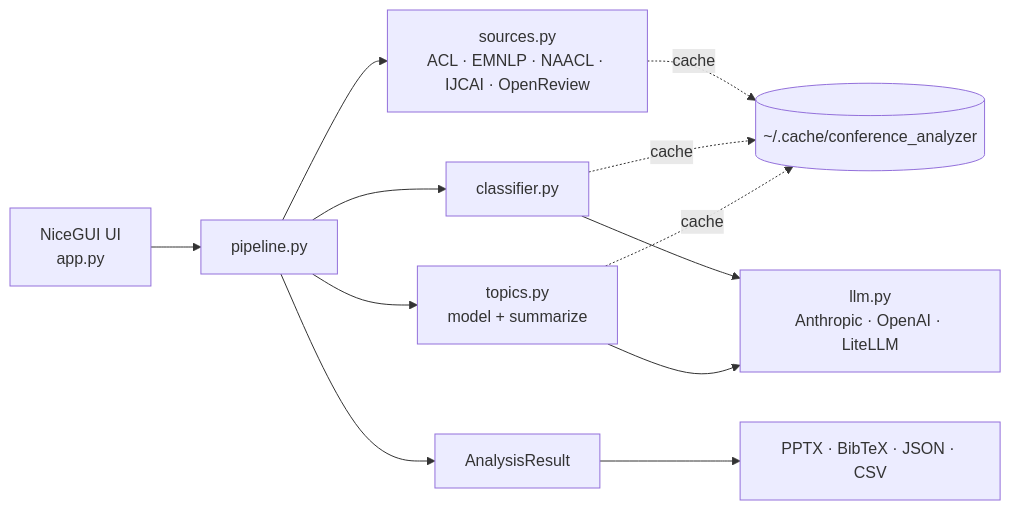
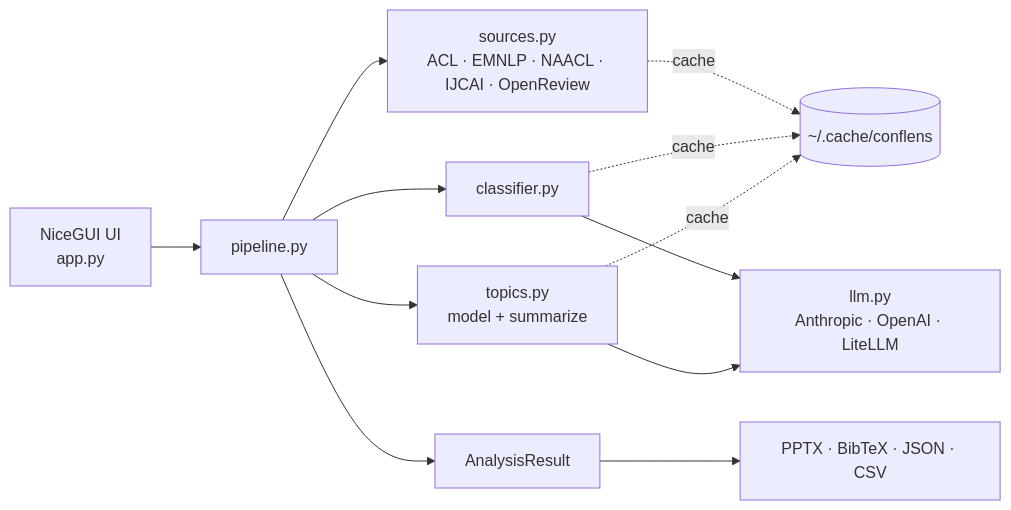
One commit to picaultj/conflens changed the diagram in README.md. Above: the diagram before and after it, drawn with Mermaid. The commit also changed other lines of this file and 2 other files, not shown here.

````diff
--- a/README.md
+++ b/README.md
@@ -145,13 +145,13 @@
 ```mermaid
 flowchart LR
     UI["NiceGUI UI<br/>app.py"] --> PIPE["pipeline.py"]
     PIPE --> SRC["sources.py<br/>ACL · EMNLP · NAACL · IJCAI · OpenReview"]
     PIPE --> CLS["classifier.py"]
     PIPE --> TOP["topics.py<br/>model + summarize"]
     CLS --> LLM["llm.py<br/>Anthropic · OpenAI · LiteLLM"]
     TOP --> LLM
     PIPE --> RES["AnalysisResult"] --> EXP["PPTX · BibTeX · JSON · CSV"]
-    SRC -. cache .-> CACHE[("~/.cache/conference_analyzer")]
+    SRC -. cache .-> CACHE[("~/.cache/conflens")]
     CLS -. cache .-> CACHE
     TOP -. cache .-> CACHE
 ```
````
